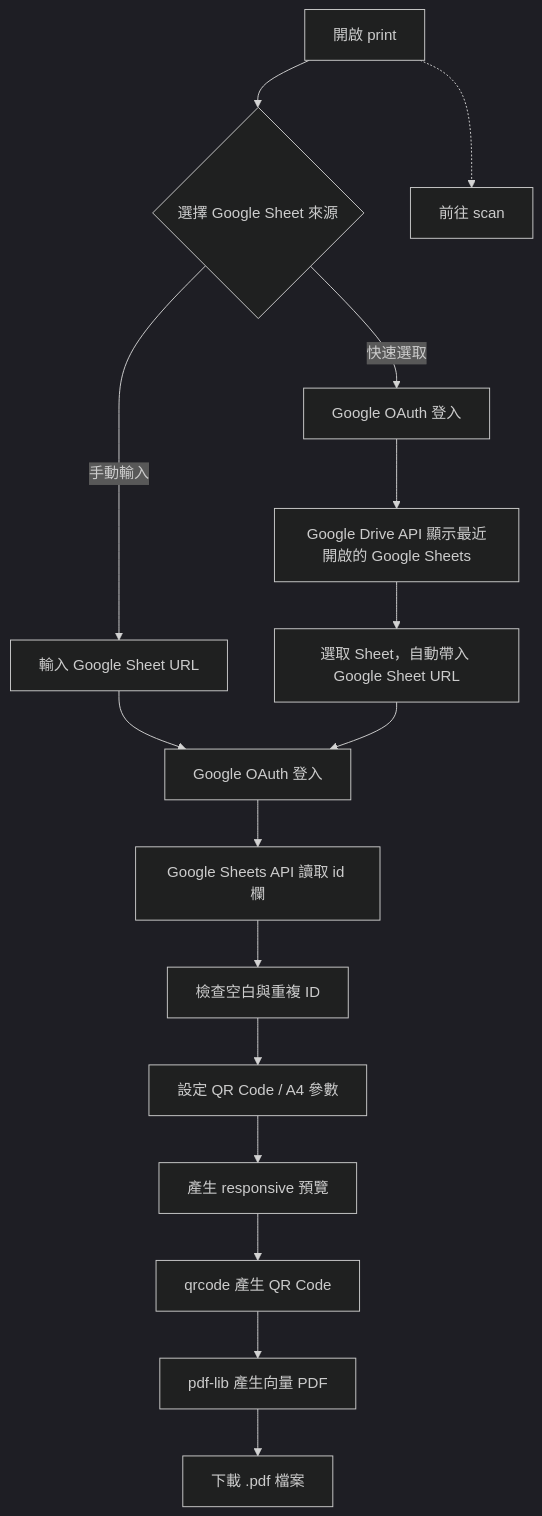
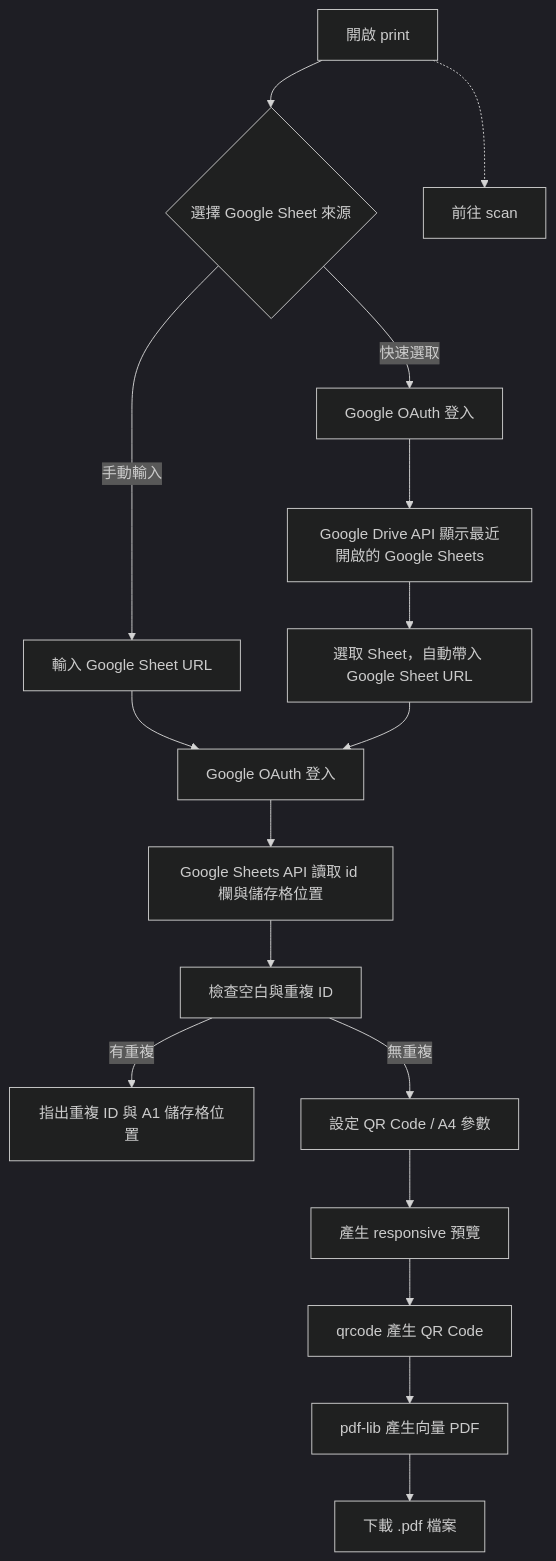
Before and after one commit to pulipulichen/Mobile-Inventory-Scanner: the diagram in print/README.md, drawn with Mermaid (dark theme). The commit also changed other lines of this file and 8 other files, not shown here.

````diff
--- a/print/README.md
+++ b/print/README.md
@@ -56,18 +56,19 @@
 ```mermaid
 flowchart TB
     A["開啟 print"] --> B{"選擇 Google Sheet 來源"}
     B -->|"手動輸入"| C["輸入 Google Sheet URL"]
     B -->|"快速選取"| D["Google OAuth 登入"]
     D --> E["Google Drive API 顯示最近開啟的 Google Sheets"]
     E --> F["選取 Sheet，自動帶入 Google Sheet URL"]
     C --> G["Google OAuth 登入"]
     F --> G
-    G --> H["Google Sheets API 讀取 id 欄"]
+    G --> H["Google Sheets API 讀取 id 欄與儲存格位置"]
     H --> I["檢查空白與重複 ID"]
-    I --> J["設定 QR Code / A4 參數"]
-    J --> K["產生 responsive 預覽"]
-    K --> L["qrcode 產生 QR Code"]
-    L --> M["pdf-lib 產生向量 PDF"]
-    M --> N["下載 .pdf 檔案"]
-    A -.-> O["前往 scan"]
+    I -->|"有重複"| J["指出重複 ID 與 A1 儲存格位置"]
+    I -->|"無重複"| K["設定 QR Code / A4 參數"]
+    K --> L["產生 responsive 預覽"]
+    L --> M["qrcode 產生 QR Code"]
+    M --> N["pdf-lib 產生向量 PDF"]
+    N --> O["下載 .pdf 檔案"]
+    A -.-> S["前往 scan"]
 ```
````
